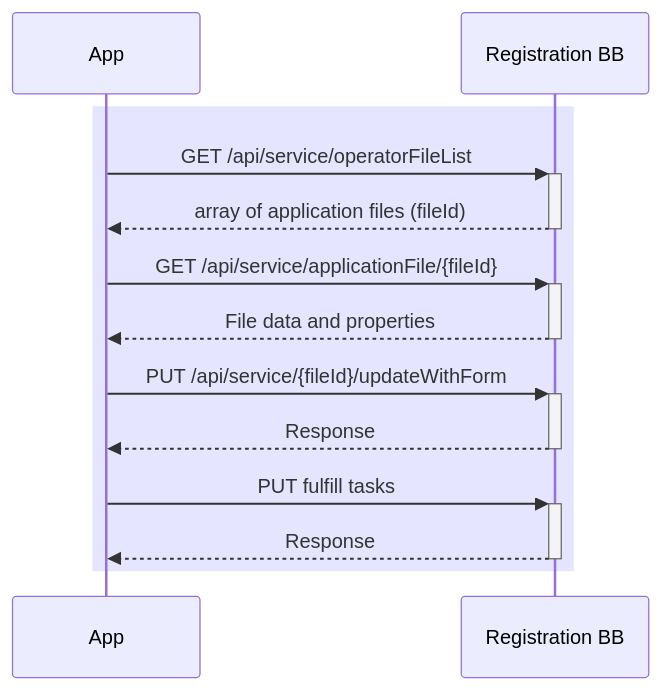
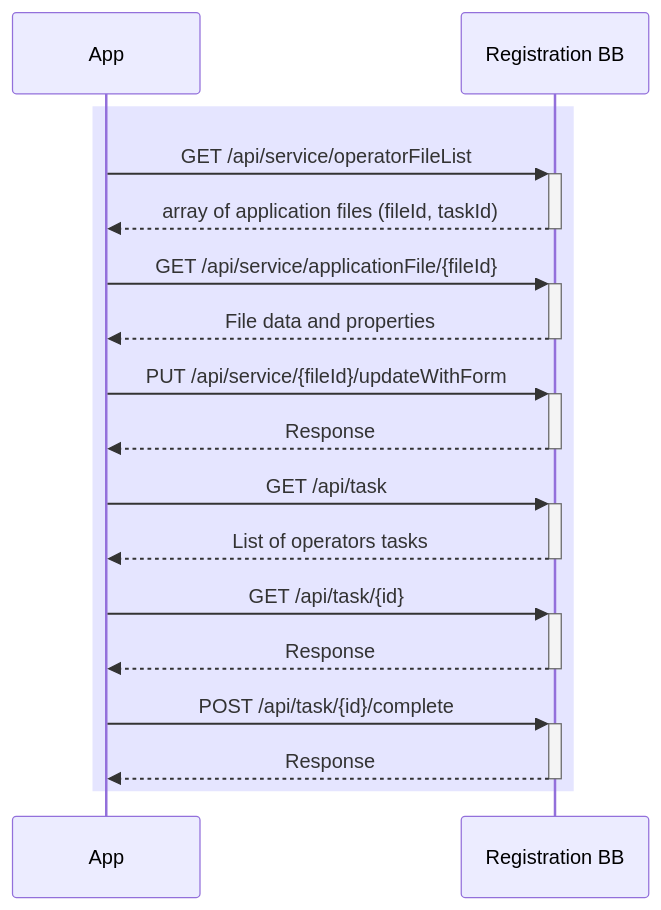
One commit to GovStackWorkingGroup/bb-registration changed the diagram in api/OperatorSequenceDiagram.mermaid. Above: the diagram before and after it, drawn with Mermaid. The commit also changed other lines of this file, not shown here.

Commit message:
Update OperatorSequenceDiagram.mermaid
additional services added

```diff
--- a/api/OperatorSequenceDiagram.mermaid
+++ b/api/OperatorSequenceDiagram.mermaid
@@ -1,17 +1,25 @@
 sequenceDiagram
     rect rgba(0, 0, 255, .1)
 
+
     App->>+Registration BB: GET /api/service/operatorFileList
-    Registration BB-->>-App: array of application files (fileId)
+    Registration BB-->>-App: array of application files (fileId, taskId)
     
     App->>+Registration BB: GET /api/service/applicationFile/{fileId}
     Registration BB-->>-App: File data and properties
 
     App->>+Registration BB: PUT /api/service/{fileId}/updateWithForm
     Registration BB-->>-App: Response
 
-    App->>+Registration BB: PUT fulfill tasks
+    App->>+Registration BB: GET /api/task
+    Registration BB-->>-App: List of operators tasks
+
+    App->>+Registration BB: GET /api/task/{id}
+    Registration BB-->>-App: Response
+
+
+    App->>+Registration BB: POST /api/task/{id}/complete
     Registration BB-->>-App: Response
 
     
     end
```
